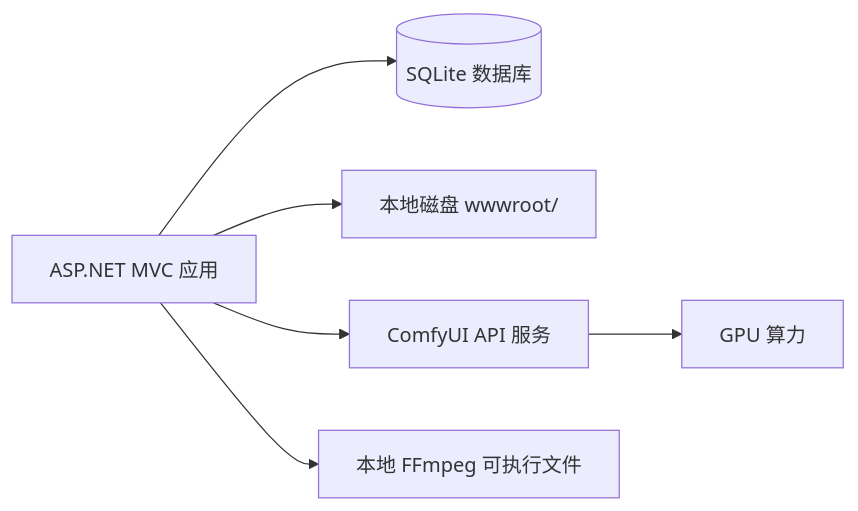
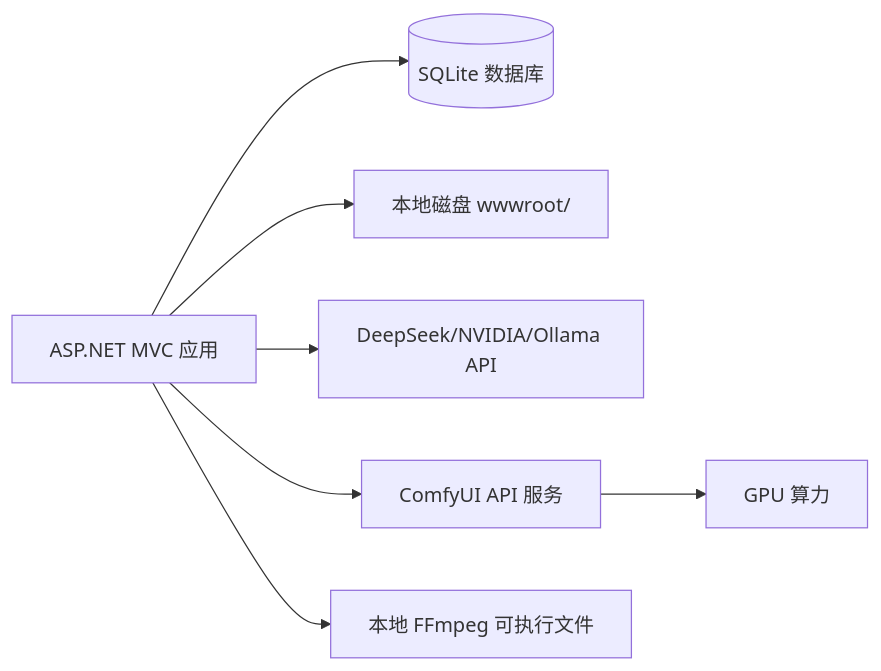
One commit to 524313162/manju changed the second of 2 diagrams in docs/design-v20260629/design.md. Above: the diagram before and after it, drawn with Mermaid. The commit also changed other lines of this file and 16 other files, not shown here.

````diff
--- a/docs/design-v20260629/design.md
+++ b/docs/design-v20260629/design.md
@@ -121,8 +131,9 @@
 ```mermaid
 graph LR
     ASPNET[ASP.NET MVC 应用] --> SQLite[(SQLite 数据库)]
     ASPNET --> LocalDisk[本地磁盘 wwwroot/]
+    ASPNET --> LLM[DeepSeek/NVIDIA/Ollama API]
     ASPNET --> ComfyUI[ComfyUI API 服务]
     ComfyUI --> ComfyUI_GPU[GPU 算力]
     ASPNET --> FFmpeg[本地 FFmpeg 可执行文件]
 ```
````
